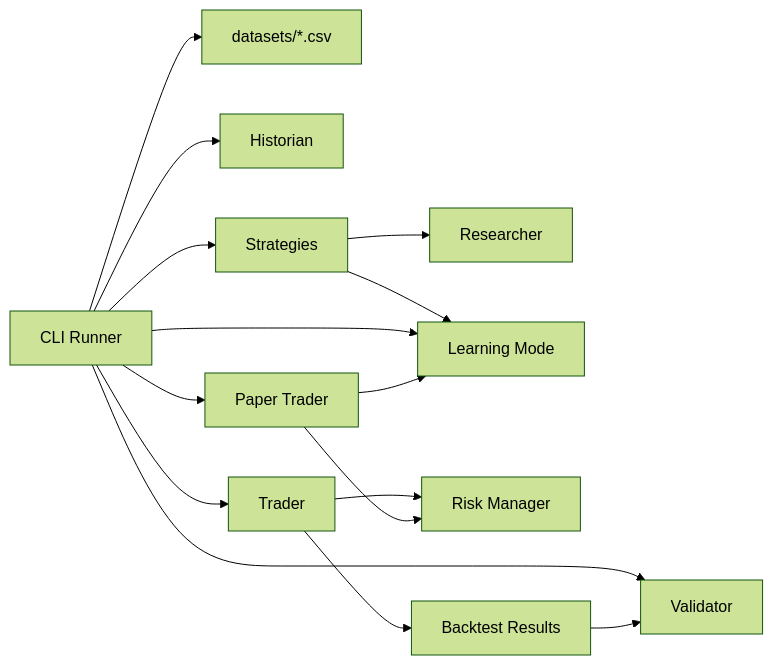
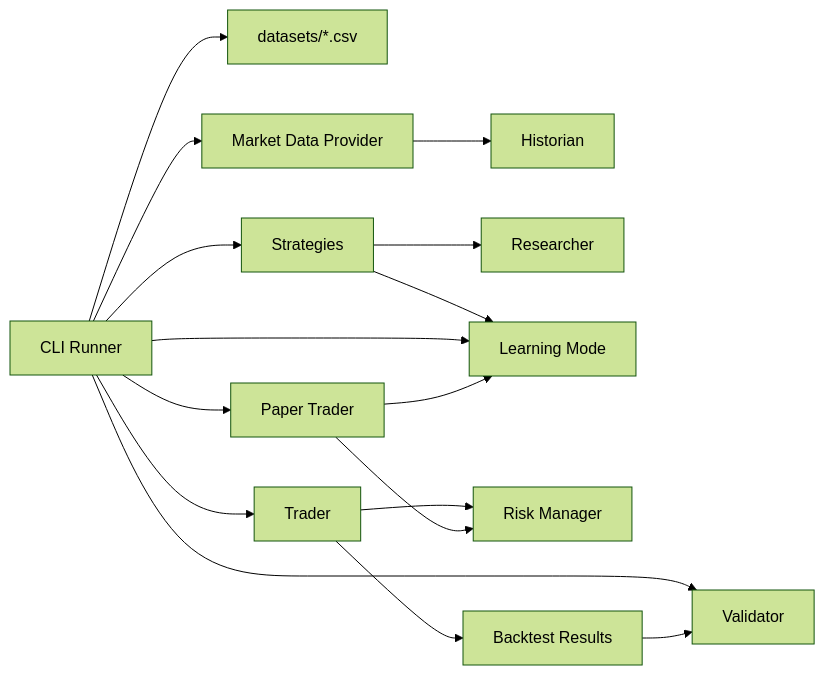
One commit to lumenXV/PTB-1 changed the diagram in ARCHITECTURE.md. Above: the diagram before and after it, drawn with Mermaid (forest theme). The commit also changed other lines of this file and 6 other files, not shown here.

Commit message:
Add internal market data provider interface

````diff
--- a/ARCHITECTURE.md
+++ b/ARCHITECTURE.md
@@ -13,17 +13,18 @@
 ```mermaid
 flowchart LR
     CLI["CLI Runner"] --> DatasetFiles["datasets/*.csv"]
-    CLI --> Historian["Historian"]
+    CLI --> MarketData["Market Data Provider"]
+    MarketData --> Historian["Historian"]
     CLI --> Strategies["Strategies"]
     Strategies --> Researcher["Researcher"]
     Strategies --> Learning["Learning Mode"]
     CLI --> Learning
     CLI --> Trader["Trader"]
     CLI --> Paper["Paper Trader"]
     Trader --> RiskManager["Risk Manager"]
     Paper --> RiskManager
     Paper --> Learning
     Trader --> Result["Backtest Results"]
     CLI --> Validator["Validator"]
     Result --> Validator
 ```
````
